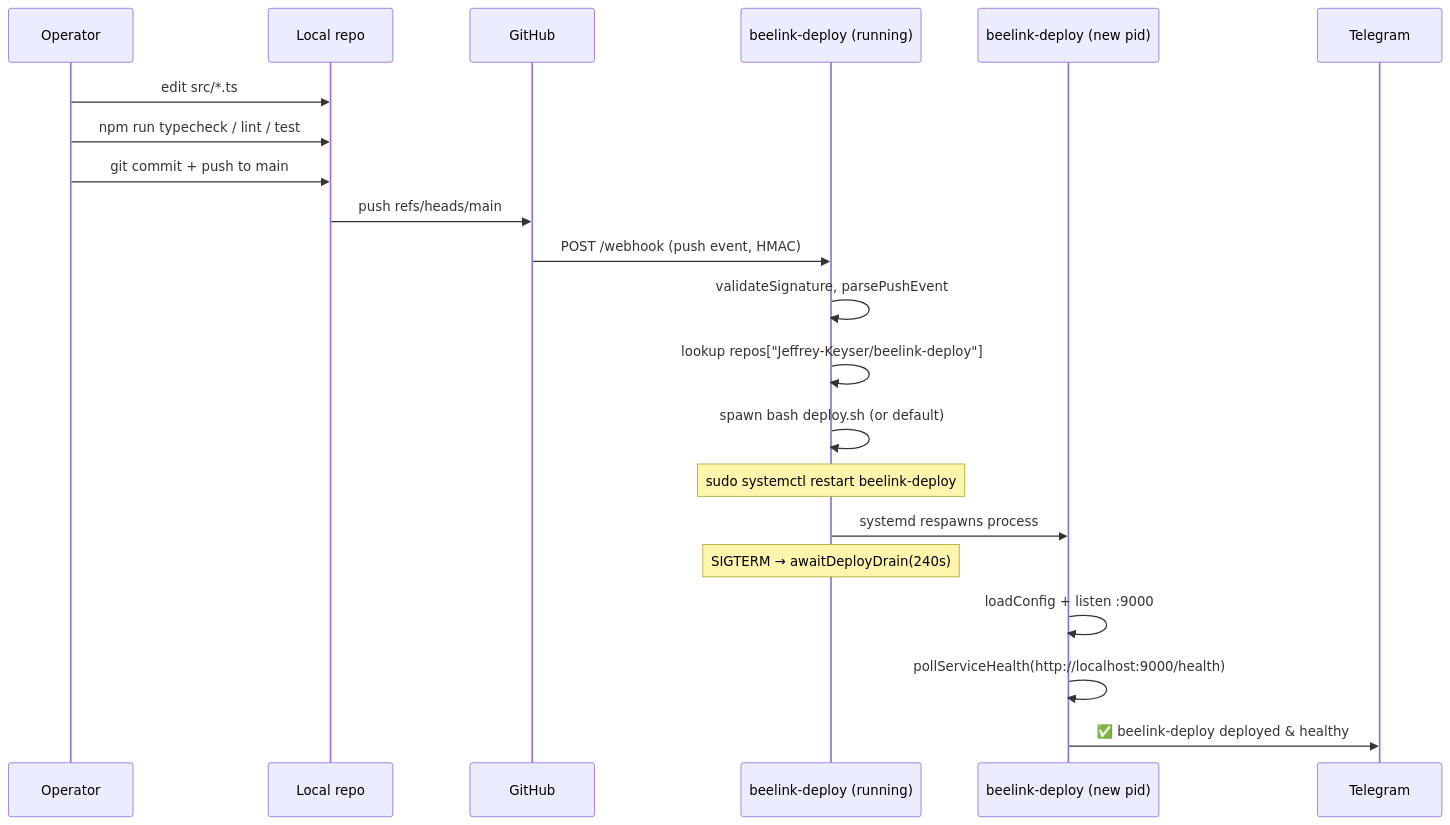
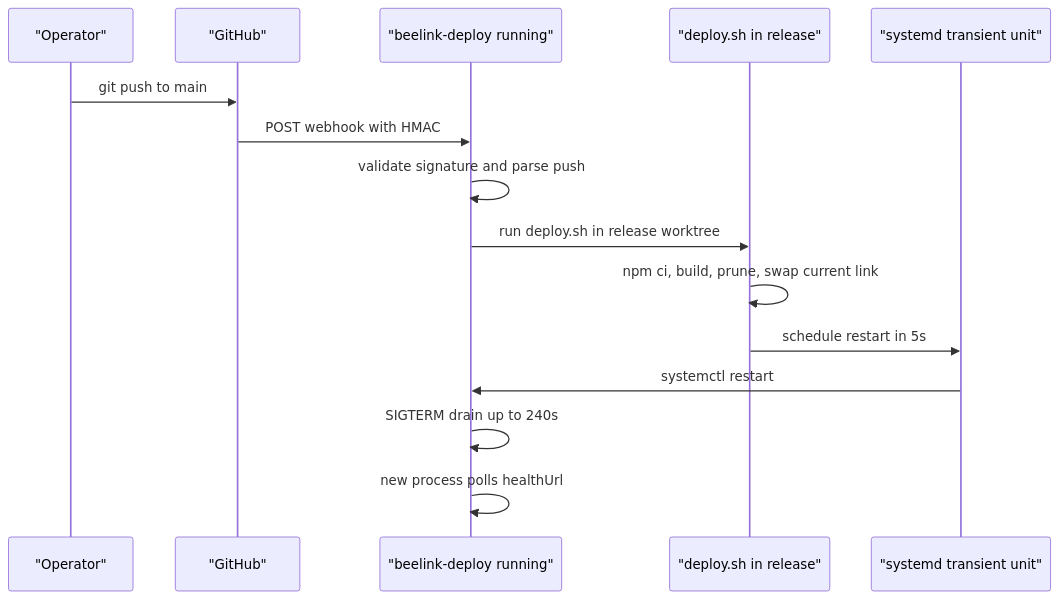
The diagram in content/repos/Jeffrey-Keyser-beelink-deploy/Iteration-Loop.md (Jeffrey-Keyser/project-wiki), drawn with Mermaid before and after one commit. The commit also changed other lines of this file and 150 other files, not shown here.

````diff
--- a/content/repos/Jeffrey-Keyser-beelink-deploy/Iteration-Loop.md
+++ b/content/repos/Jeffrey-Keyser-beelink-deploy/Iteration-Loop.md
@@ -12,24 +19,17 @@
 ```mermaid
 sequenceDiagram
-  participant Dev as Operator
-  participant Local as Local repo
-  participant GH as GitHub
-  participant BD as beelink-deploy (running)
-  participant New as beelink-deploy (new pid)
-  participant TG as Telegram
-
-  Dev->>Local: edit src/*.ts
-  Dev->>Local: npm run typecheck / lint / test
-  Dev->>Local: git commit + push to main
-  Local->>GH: push refs/heads/main
-  GH->>BD: POST /webhook (push event, HMAC)
-  BD->>BD: validateSignature, parsePushEvent
-  BD->>BD: lookup repos["Jeffrey-Keyser/beelink-deploy"]
-  BD->>BD: spawn bash deploy.sh (or default)
-  Note over BD: sudo systemctl restart beelink-deploy
-  BD->>New: systemd respawns process
-  Note over BD: SIGTERM → awaitDeployDrain(240s)
-  New->>New: loadConfig + listen :9000
-  New->>New: pollServiceHealth(http://localhost:9000/health)
-  New->>TG: ✅ beelink-deploy deployed & healthy
+  participant Dev as "Operator"
+  participant GH as "GitHub"
+  participant BD as "beelink-deploy running"
+  participant Dep as "deploy.sh in release"
+  participant SD as "systemd transient unit"
+  Dev->>GH: git push to main
+  GH->>BD: POST webhook with HMAC
+  BD->>BD: validate signature and parse push
+  BD->>Dep: run deploy.sh in release worktree
+  Dep->>Dep: npm ci, build, prune, swap current link
+  Dep->>SD: schedule restart in 5s
+  SD->>BD: systemctl restart
+  BD->>BD: SIGTERM drain up to 240s
+  BD->>BD: new process polls healthUrl
 ```
````
